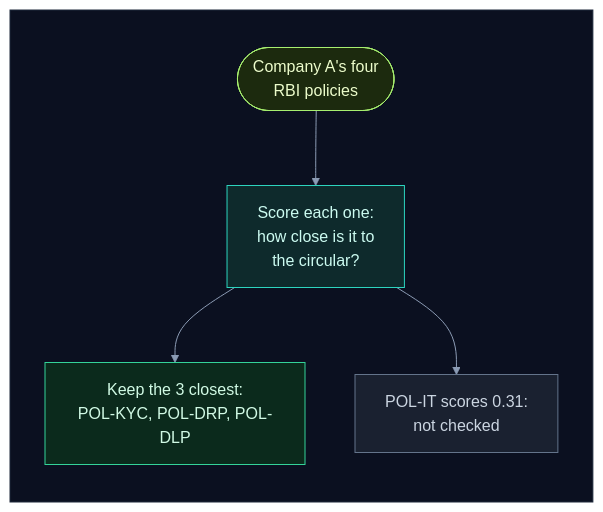
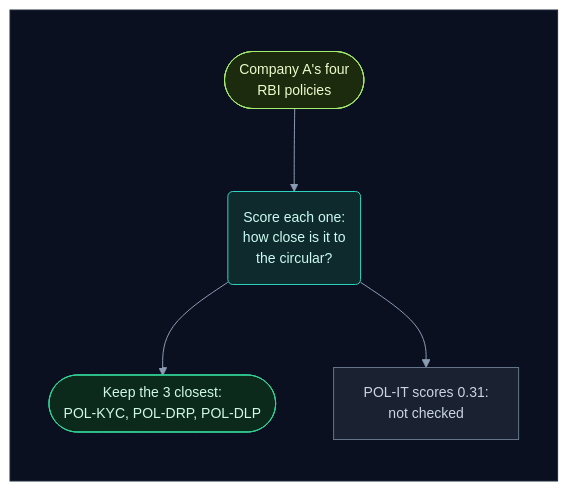
Before and after one commit to selvakumarperumal/Regulatory_Circular_Impact_Agent: diagram 13 of 57 in how_it_works.md, drawn with Mermaid. The commit also changed other lines of this file and 5 other files, not shown here.

Commit message:
Give the docs' flowcharts a shape per kind of part, more room and slightly smaller text

````diff
--- a/how_it_works.md
+++ b/how_it_works.md
@@ -697,25 +697,25 @@
 ```mermaid
-%%{init: {"theme": "base", "flowchart": {"diagramPadding": 0}, "themeVariables": {"darkMode": true, "primaryColor": "#16213a", "primaryTextColor": "#e6edf7", "primaryBorderColor": "#475a7a", "lineColor": "#8b9bb4", "secondaryColor": "#1b2436", "tertiaryColor": "#101a2e", "edgeLabelBackground": "#0f172a", "textColor": "#e2e8f0", "clusterBkg": "#0f1728", "clusterBorder": "#2b3a55", "titleColor": "#c4b5fd", "nodeTextColor": "#e6edf7"}}}%%
+%%{init: {"theme": "base", "flowchart": {"diagramPadding": 0, "nodeSpacing": 58, "rankSpacing": 58, "curve": "basis"}, "themeVariables": {"fontSize": "14px", "darkMode": true, "primaryColor": "#16213a", "primaryTextColor": "#e6edf7", "primaryBorderColor": "#475a7a", "lineColor": "#8b9bb4", "secondaryColor": "#1b2436", "tertiaryColor": "#101a2e", "edgeLabelBackground": "#0f172a", "textColor": "#e2e8f0", "clusterBkg": "#0f1728", "clusterBorder": "#2b3a55", "titleColor": "#c4b5fd", "nodeTextColor": "#e6edf7"}}}%%
 flowchart TD
     subgraph canvas[" "]
         direction TB
-        p(["Company A's four<br/>RBI policies"]) --> sc["Score each one:<br/>how close is it to<br/>the circular?"]
-        sc --> top["Keep the 3 closest:<br/>POL-KYC, POL-DRP, POL-DLP"]
+        p(["Company A's four<br/>RBI policies"]) --> sc("Score each one:<br/>how close is it to<br/>the circular?")
+        sc --> top(["Keep the 3 closest:<br/>POL-KYC, POL-DRP, POL-DLP"])
         sc --> no["POL-IT scores 0.31:<br/>not checked"]
     end
     classDef svc fill:#0e2a2c,stroke:#2dd4bf,color:#ccfbf1
     classDef data fill:#1c1a47,stroke:#818cf8,color:#e0e7ff
     classDef ext fill:#2a1640,stroke:#c084fc,color:#f3e8ff
     classDef gpu fill:#2d1b0c,stroke:#fb923c,color:#ffedd5
     classDef ask fill:#2a2410,stroke:#fbbf24,color:#fef3c7
     classDef ok fill:#0b2a1c,stroke:#34d399,color:#d1fae5
     classDef bad fill:#2e0f17,stroke:#fb7185,color:#ffe4e6
     classDef start fill:#1c2a0e,stroke:#a7ef6f,color:#ecfccb
     classDef muted fill:#1a2130,stroke:#64748b,color:#cbd5e1
     classDef queue fill:#0c2231,stroke:#38bdf8,color:#e0f2fe
     class p start
     class sc svc
     class top ok
     class no muted
     style canvas fill:#0b1020,stroke:#1e293b,color:#0b1020
 ```
````
